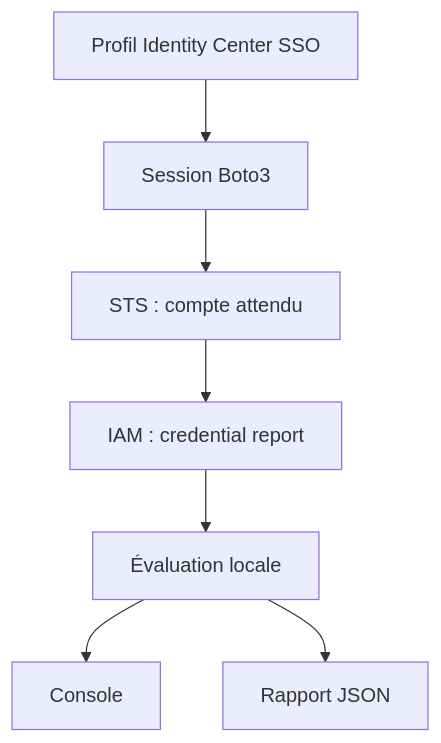
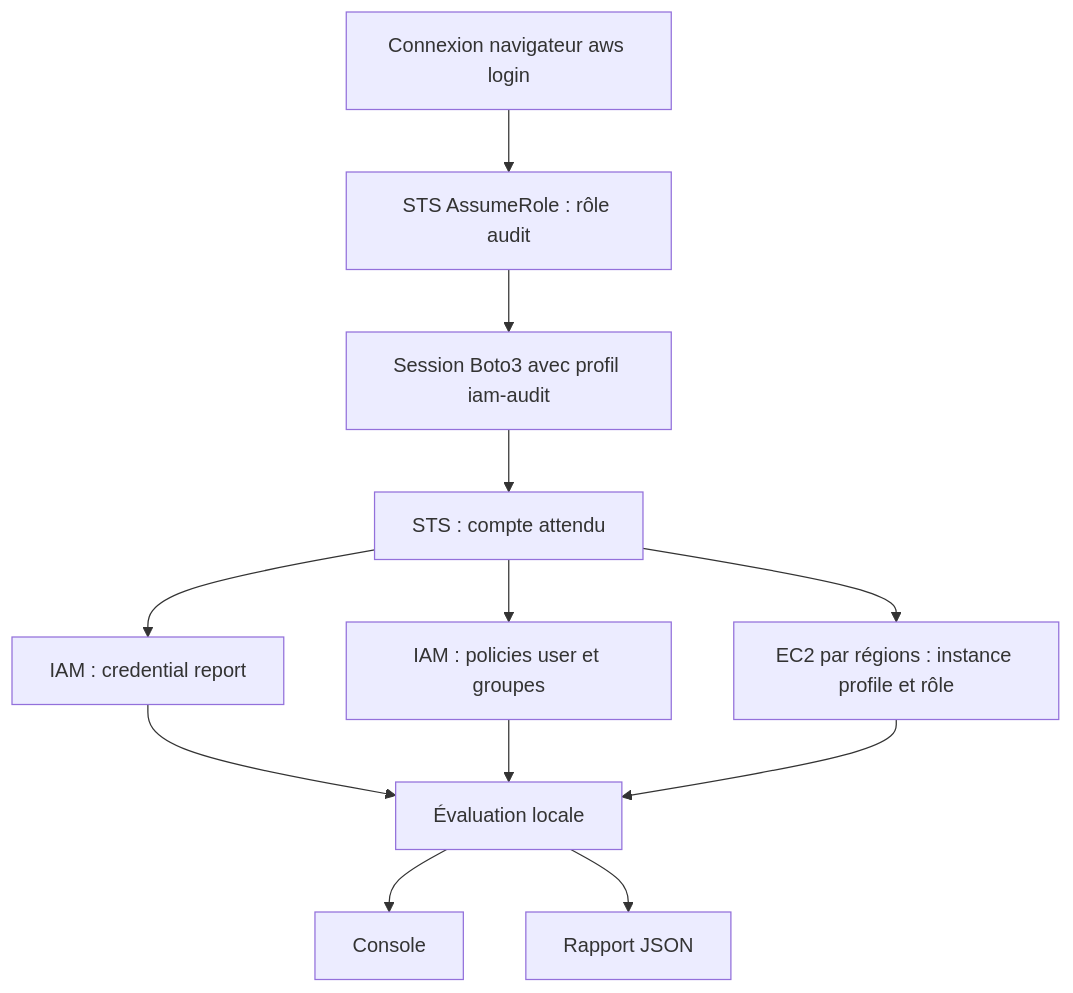
Before and after one commit to kenza-lem/iam-security-audito: the diagram in README.md, drawn with Mermaid. The commit also changed other lines of this file and 19 other files, not shown here.

Commit message:
Complete IAM audit modules, EC2 role checks and portfolio documentation

````diff
--- a/README.md
+++ b/README.md
@@ -47,9 +83,14 @@
 ```mermaid
 flowchart TD
-    S[Profil Identity Center SSO] --> B[Session Boto3]
+    S[Connexion navigateur aws login] --> R[STS AssumeRole : rôle audit]
+    R --> B[Session Boto3 avec profil iam-audit]
     B --> T[STS : compte attendu]
     T --> I[IAM : credential report]
     I --> E[Évaluation locale]
+    T --> P[IAM : policies user et groupes]
+    P --> E
+    T --> W[EC2 par régions : instance profile et rôle]
+    W --> E
     E --> C[Console]
     E --> J[Rapport JSON]
 ```
````
